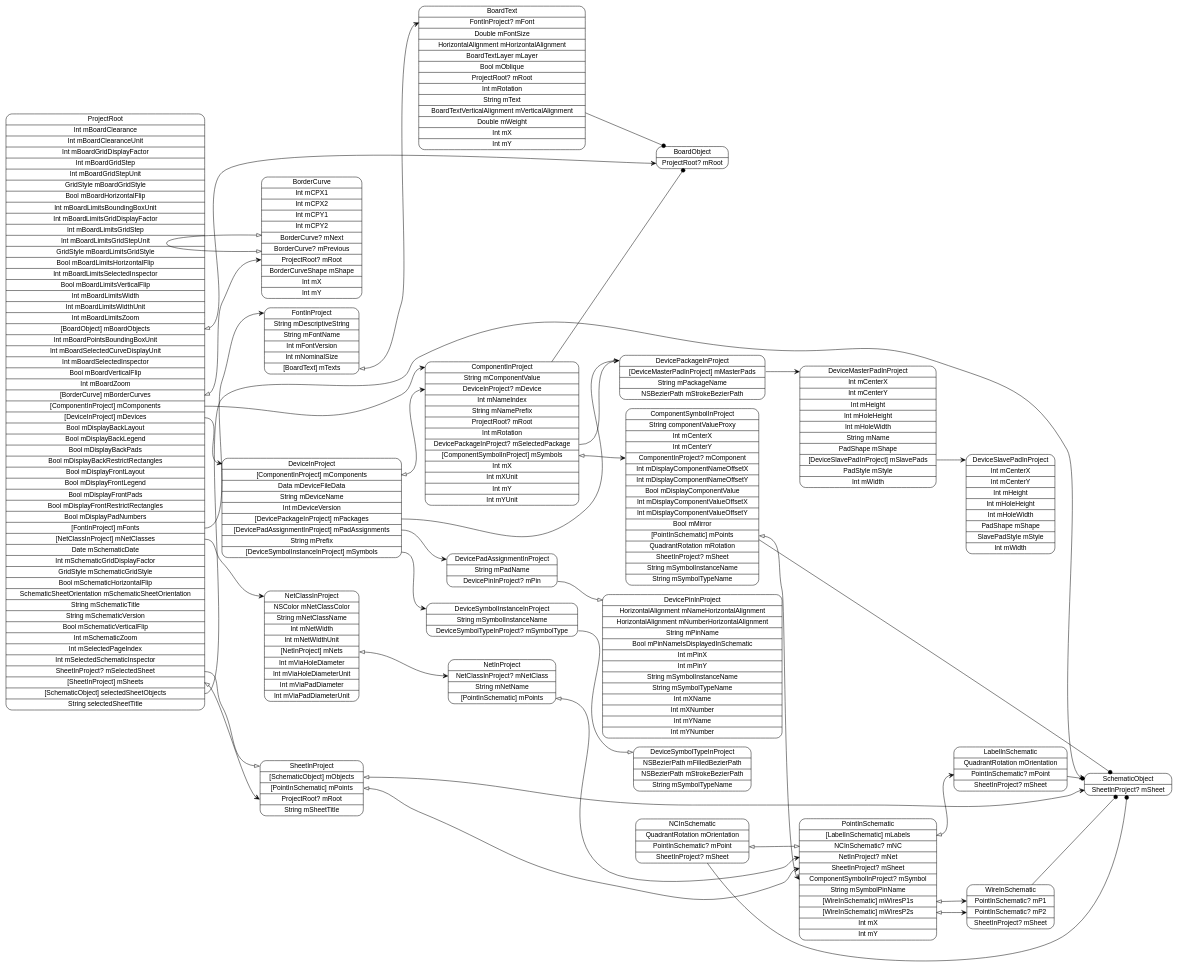
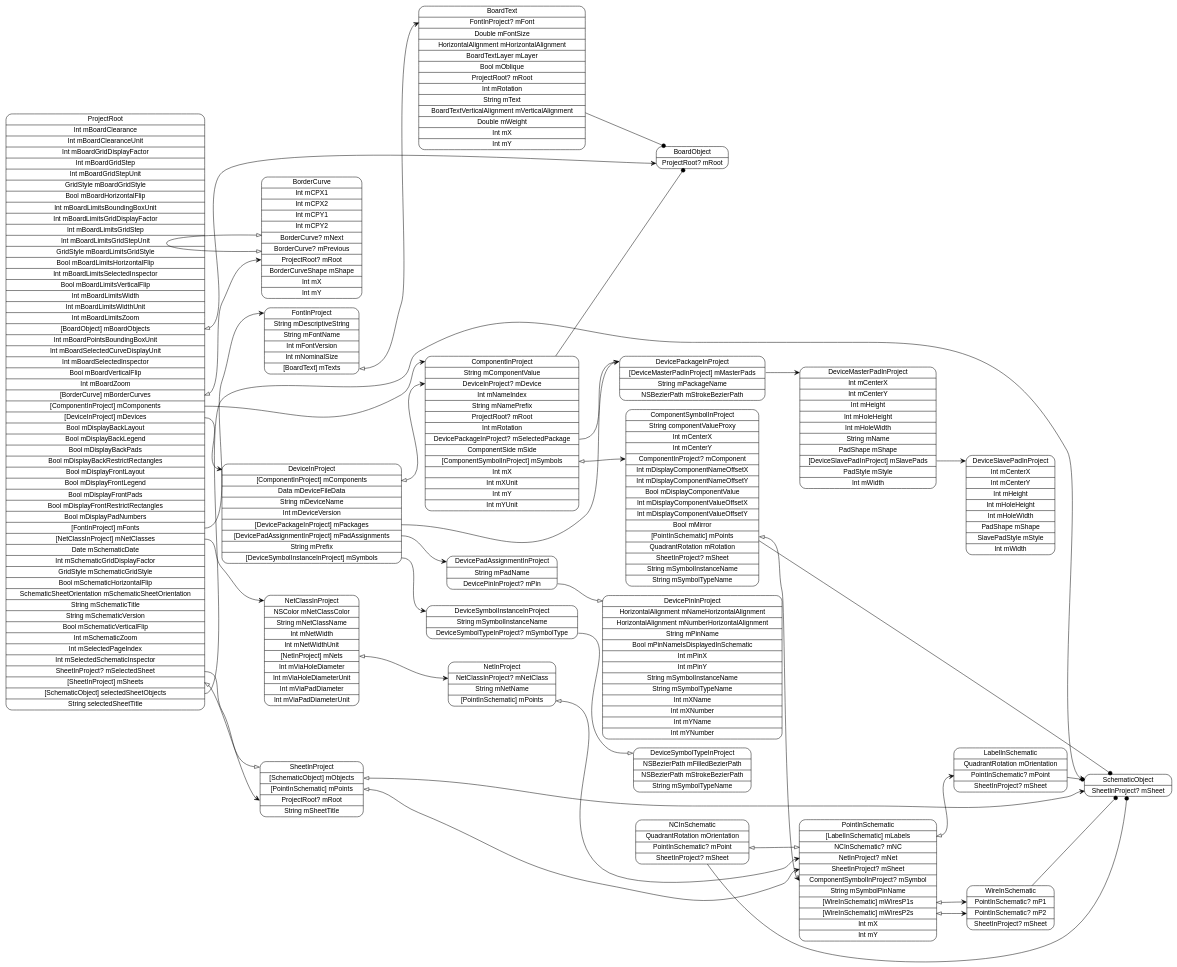
The diagram in models/ProjectRoot.dot (pierremolinaro/ElCanari-dev), drawn with Graphviz before and after one commit. The commit also changed 16 other files, not shown here.

Commit message:
Package in front / back side in board

```diff
--- a/models/ProjectRoot.dot
+++ b/models/ProjectRoot.dot
@@ -1,63 +1,63 @@
 digraph G {
   rankdir=LR ;
   node [shape=record fontname=helvetica style=rounded] ;
   ProjectRoot[label="<ProjectRoot>ProjectRoot|Int mBoardClearance|Int mBoardClearanceUnit|Int mBoardGridDisplayFactor|Int mBoardGridStep|Int mBoardGridStepUnit|GridStyle mBoardGridStyle|Bool mBoardHorizontalFlip|Int mBoardLimitsBoundingBoxUnit|Int mBoardLimitsGridDisplayFactor|Int mBoardLimitsGridStep|Int mBoardLimitsGridStepUnit|GridStyle mBoardLimitsGridStyle|Bool mBoardLimitsHorizontalFlip|Int mBoardLimitsSelectedInspector|Bool mBoardLimitsVerticalFlip|Int mBoardLimitsWidth|Int mBoardLimitsWidthUnit|Int mBoardLimitsZoom|<mBoardObjects>[BoardObject] mBoardObjects|Int mBoardPointsBoundingBoxUnit|Int mBoardSelectedCurveDisplayUnit|Int mBoardSelectedInspector|Bool mBoardVerticalFlip|Int mBoardZoom|<mBorderCurves>[BorderCurve] mBorderCurves|<mComponents>[ComponentInProject] mComponents|<mDevices>[DeviceInProject] mDevices|Bool mDisplayBackLayout|Bool mDisplayBackLegend|Bool mDisplayBackPads|Bool mDisplayBackRestrictRectangles|Bool mDisplayFrontLayout|Bool mDisplayFrontLegend|Bool mDisplayFrontPads|Bool mDisplayFrontRestrictRectangles|Bool mDisplayPadNumbers|<mFonts>[FontInProject] mFonts|<mNetClasses>[NetClassInProject] mNetClasses|Date mSchematicDate|Int mSchematicGridDisplayFactor|GridStyle mSchematicGridStyle|Bool mSchematicHorizontalFlip|SchematicSheetOrientation mSchematicSheetOrientation|String mSchematicTitle|String mSchematicVersion|Bool mSchematicVerticalFlip|Int mSchematicZoom|Int mSelectedPageIndex|Int mSelectedSchematicInspector|<mSelectedSheet>SheetInProject? mSelectedSheet|<mSheets>[SheetInProject] mSheets|<selectedSheetObjects>[SchematicObject] selectedSheetObjects|String selectedSheetTitle"] ;
   SchematicObject[label="<SchematicObject>SchematicObject|<mSheet>SheetInProject? mSheet"] ;
   SheetInProject[label="<SheetInProject>SheetInProject|<mObjects>[SchematicObject] mObjects|<mPoints>[PointInSchematic] mPoints|<mRoot>ProjectRoot? mRoot|String mSheetTitle"] ;
   PointInSchematic[label="<PointInSchematic>PointInSchematic|<mLabels>[LabelInSchematic] mLabels|<mNC>NCInSchematic? mNC|<mNet>NetInProject? mNet|<mSheet>SheetInProject? mSheet|<mSymbol>ComponentSymbolInProject? mSymbol|String mSymbolPinName|<mWiresP1s>[WireInSchematic] mWiresP1s|<mWiresP2s>[WireInSchematic] mWiresP2s|Int mX|Int mY"] ;
   WireInSchematic[label="<WireInSchematic>WireInSchematic|<mP1>PointInSchematic? mP1|<mP2>PointInSchematic? mP2|<mSheet>SheetInProject? mSheet"] ;
   NCInSchematic[label="<NCInSchematic>NCInSchematic|QuadrantRotation mOrientation|<mPoint>PointInSchematic? mPoint|<mSheet>SheetInProject? mSheet"] ;
   LabelInSchematic[label="<LabelInSchematic>LabelInSchematic|QuadrantRotation mOrientation|<mPoint>PointInSchematic? mPoint|<mSheet>SheetInProject? mSheet"] ;
   NetClassInProject[label="<NetClassInProject>NetClassInProject|NSColor mNetClassColor|String mNetClassName|Int mNetWidth|Int mNetWidthUnit|<mNets>[NetInProject] mNets|Int mViaHoleDiameter|Int mViaHoleDiameterUnit|Int mViaPadDiameter|Int mViaPadDiameterUnit"] ;
   NetInProject[label="<NetInProject>NetInProject|<mNetClass>NetClassInProject? mNetClass|String mNetName|<mPoints>[PointInSchematic] mPoints"] ;
   FontInProject[label="<FontInProject>FontInProject|String mDescriptiveString|String mFontName|Int mFontVersion|Int mNominalSize|<mTexts>[BoardText] mTexts"] ;
   BoardText[label="<BoardText>BoardText|<mFont>FontInProject? mFont|Double mFontSize|HorizontalAlignment mHorizontalAlignment|BoardTextLayer mLayer|Bool mOblique|<mRoot>ProjectRoot? mRoot|Int mRotation|String mText|BoardTextVerticalAlignment mVerticalAlignment|Double mWeight|Int mX|Int mY"] ;
   DeviceInProject[label="<DeviceInProject>DeviceInProject|<mComponents>[ComponentInProject] mComponents|Data mDeviceFileData|String mDeviceName|Int mDeviceVersion|<mPackages>[DevicePackageInProject] mPackages|<mPadAssignments>[DevicePadAssignmentInProject] mPadAssignments|String mPrefix|<mSymbols>[DeviceSymbolInstanceInProject] mSymbols"] ;
   DeviceSymbolInstanceInProject[label="<DeviceSymbolInstanceInProject>DeviceSymbolInstanceInProject|String mSymbolInstanceName|<mSymbolType>DeviceSymbolTypeInProject? mSymbolType"] ;
   DeviceSymbolTypeInProject[label="<DeviceSymbolTypeInProject>DeviceSymbolTypeInProject|NSBezierPath mFilledBezierPath|NSBezierPath mStrokeBezierPath|String mSymbolTypeName"] ;
   DevicePadAssignmentInProject[label="<DevicePadAssignmentInProject>DevicePadAssignmentInProject|String mPadName|<mPin>DevicePinInProject? mPin"] ;
   DevicePinInProject[label="<DevicePinInProject>DevicePinInProject|HorizontalAlignment mNameHorizontalAlignment|HorizontalAlignment mNumberHorizontalAlignment|String mPinName|Bool mPinNameIsDisplayedInSchematic|Int mPinX|Int mPinY|String mSymbolInstanceName|String mSymbolTypeName|Int mXName|Int mXNumber|Int mYName|Int mYNumber"] ;
   DevicePackageInProject[label="<DevicePackageInProject>DevicePackageInProject|<mMasterPads>[DeviceMasterPadInProject] mMasterPads|String mPackageName|NSBezierPath mStrokeBezierPath"] ;
   DeviceMasterPadInProject[label="<DeviceMasterPadInProject>DeviceMasterPadInProject|Int mCenterX|Int mCenterY|Int mHeight|Int mHoleHeight|Int mHoleWidth|String mName|PadShape mShape|<mSlavePads>[DeviceSlavePadInProject] mSlavePads|PadStyle mStyle|Int mWidth"] ;
   DeviceSlavePadInProject[label="<DeviceSlavePadInProject>DeviceSlavePadInProject|Int mCenterX|Int mCenterY|Int mHeight|Int mHoleHeight|Int mHoleWidth|PadShape mShape|SlavePadStyle mStyle|Int mWidth"] ;
-  ComponentInProject[label="<ComponentInProject>ComponentInProject|String mComponentValue|<mDevice>DeviceInProject? mDevice|Int mNameIndex|String mNamePrefix|<mRoot>ProjectRoot? mRoot|Int mRotation|<mSelectedPackage>DevicePackageInProject? mSelectedPackage|<mSymbols>[ComponentSymbolInProject] mSymbols|Int mX|Int mXUnit|Int mY|Int mYUnit"] ;
+  ComponentInProject[label="<ComponentInProject>ComponentInProject|String mComponentValue|<mDevice>DeviceInProject? mDevice|Int mNameIndex|String mNamePrefix|<mRoot>ProjectRoot? mRoot|Int mRotation|<mSelectedPackage>DevicePackageInProject? mSelectedPackage|ComponentSide mSide|<mSymbols>[ComponentSymbolInProject] mSymbols|Int mX|Int mXUnit|Int mY|Int mYUnit"] ;
   ComponentSymbolInProject[label="<ComponentSymbolInProject>ComponentSymbolInProject|String componentValueProxy|Int mCenterX|Int mCenterY|<mComponent>ComponentInProject? mComponent|Int mDisplayComponentNameOffsetX|Int mDisplayComponentNameOffsetY|Bool mDisplayComponentValue|Int mDisplayComponentValueOffsetX|Int mDisplayComponentValueOffsetY|Bool mMirror|<mPoints>[PointInSchematic] mPoints|QuadrantRotation mRotation|<mSheet>SheetInProject? mSheet|String mSymbolInstanceName|String mSymbolTypeName"] ;
   BorderCurve[label="<BorderCurve>BorderCurve|Int mCPX1|Int mCPX2|Int mCPY1|Int mCPY2|<mNext>BorderCurve? mNext|<mPrevious>BorderCurve? mPrevious|<mRoot>ProjectRoot? mRoot|BorderCurveShape mShape|Int mX|Int mY"] ;
   BoardObject[label="<BoardObject>BoardObject|<mRoot>ProjectRoot? mRoot"] ;
   ProjectRoot:mBoardObjects -> BoardObject:mRoot [dir=both arrowtail=onormal arrowhead=vee] ;
   ProjectRoot:mBorderCurves -> BorderCurve:mRoot [dir=both arrowtail=onormal arrowhead=vee] ;
   ProjectRoot:mComponents -> ComponentInProject:ComponentInProject [dir=both arrowtail=none arrowhead=vee] ;
   ProjectRoot:mDevices -> DeviceInProject:DeviceInProject [dir=both arrowtail=none arrowhead=vee] ;
   ProjectRoot:mFonts -> FontInProject:FontInProject [dir=both arrowtail=none arrowhead=vee] ;
   ProjectRoot:mNetClasses -> NetClassInProject:NetClassInProject [dir=both arrowtail=none arrowhead=vee] ;
   ProjectRoot:mSelectedSheet -> SheetInProject:SheetInProject [dir=both arrowtail=none arrowhead=onormal] ;
   ProjectRoot:mSheets -> SheetInProject:mRoot [dir=both arrowtail=onormal arrowhead=vee] ;
   ProjectRoot:selectedSheetObjects -> SchematicObject:SchematicObject [dir=both arrowtail=none arrowhead=vee] ;
   SheetInProject:mObjects -> SchematicObject:mSheet [dir=both arrowtail=onormal arrowhead=vee] ;
   SheetInProject:mPoints -> PointInSchematic:mSheet [dir=both arrowtail=onormal arrowhead=vee] ;
   PointInSchematic:mLabels -> LabelInSchematic:mPoint [dir=both arrowtail=onormal arrowhead=vee] ;
   PointInSchematic:mWiresP1s -> WireInSchematic:mP1 [dir=both arrowtail=onormal arrowhead=vee] ;
   PointInSchematic:mWiresP2s -> WireInSchematic:mP2 [dir=both arrowtail=onormal arrowhead=vee] ;
   WireInSchematic -> SchematicObject [arrowhead=dot] ;
   NCInSchematic -> SchematicObject [arrowhead=dot] ;
   NCInSchematic:mPoint -> PointInSchematic:mNC [dir=both arrowtail=onormal arrowhead=onormal] ;
   LabelInSchematic -> SchematicObject [arrowhead=dot] ;
   NetClassInProject:mNets -> NetInProject:mNetClass [dir=both arrowtail=onormal arrowhead=vee] ;
   NetInProject:mPoints -> PointInSchematic:mNet [dir=both arrowtail=onormal arrowhead=vee] ;
   FontInProject:mTexts -> BoardText:mFont [dir=both arrowtail=onormal arrowhead=vee] ;
   BoardText -> BoardObject [arrowhead=dot] ;
   DeviceInProject:mComponents -> ComponentInProject:mDevice [dir=both arrowtail=onormal arrowhead=vee] ;
   DeviceInProject:mPackages -> DevicePackageInProject:DevicePackageInProject [dir=both arrowtail=none arrowhead=vee] ;
   DeviceInProject:mPadAssignments -> DevicePadAssignmentInProject:DevicePadAssignmentInProject [dir=both arrowtail=none arrowhead=vee] ;
   DeviceInProject:mSymbols -> DeviceSymbolInstanceInProject:DeviceSymbolInstanceInProject [dir=both arrowtail=none arrowhead=vee] ;
   DeviceSymbolInstanceInProject:mSymbolType -> DeviceSymbolTypeInProject:DeviceSymbolTypeInProject [dir=both arrowtail=none arrowhead=onormal] ;
   DevicePadAssignmentInProject:mPin -> DevicePinInProject:DevicePinInProject [dir=both arrowtail=none arrowhead=onormal] ;
   DevicePackageInProject:mMasterPads -> DeviceMasterPadInProject:DeviceMasterPadInProject [dir=both arrowtail=none arrowhead=vee] ;
   DeviceMasterPadInProject:mSlavePads -> DeviceSlavePadInProject:DeviceSlavePadInProject [dir=both arrowtail=none arrowhead=vee] ;
   ComponentInProject -> BoardObject [arrowhead=dot] ;
   ComponentInProject:mSelectedPackage -> DevicePackageInProject:DevicePackageInProject [dir=both arrowtail=none arrowhead=onormal] ;
   ComponentInProject:mSymbols -> ComponentSymbolInProject:mComponent [dir=both arrowtail=onormal arrowhead=vee] ;
   ComponentSymbolInProject -> SchematicObject [arrowhead=dot] ;
   ComponentSymbolInProject:mPoints -> PointInSchematic:mSymbol [dir=both arrowtail=onormal arrowhead=vee] ;
   BorderCurve:mPrevious -> BorderCurve:mNext [dir=both arrowtail=onormal arrowhead=onormal] ;
 }
```
